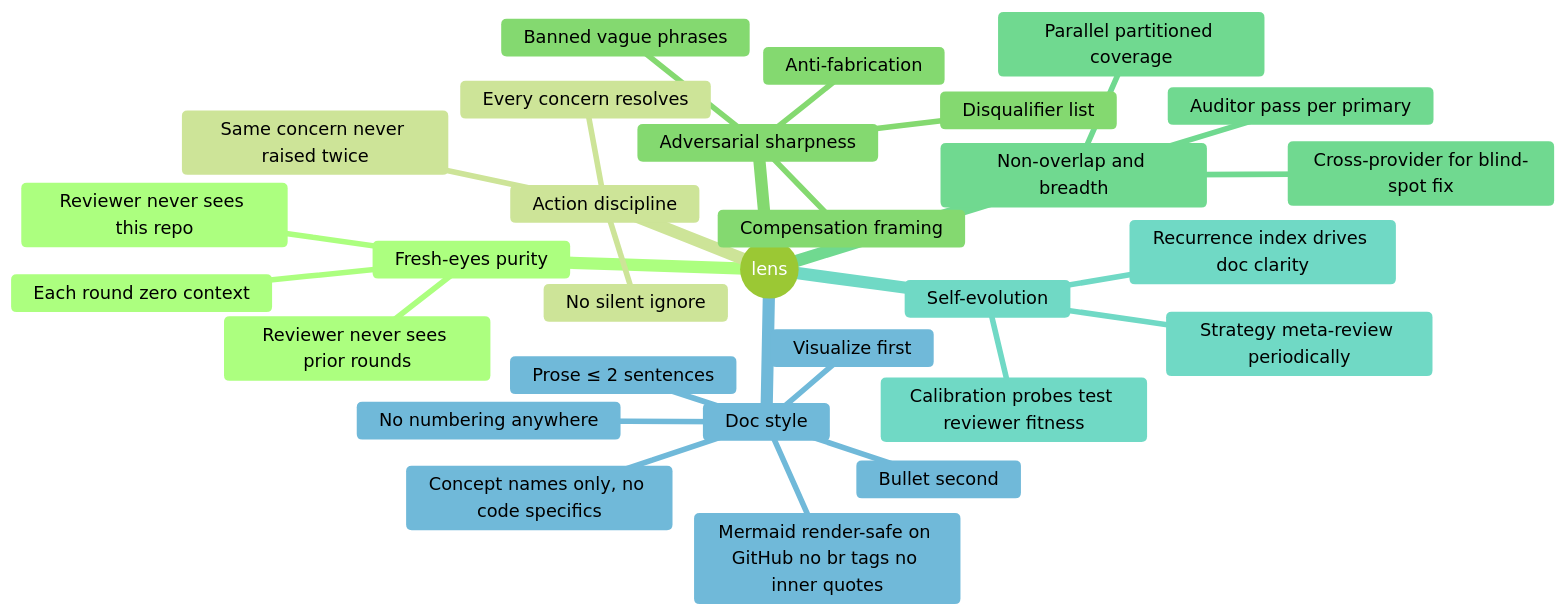
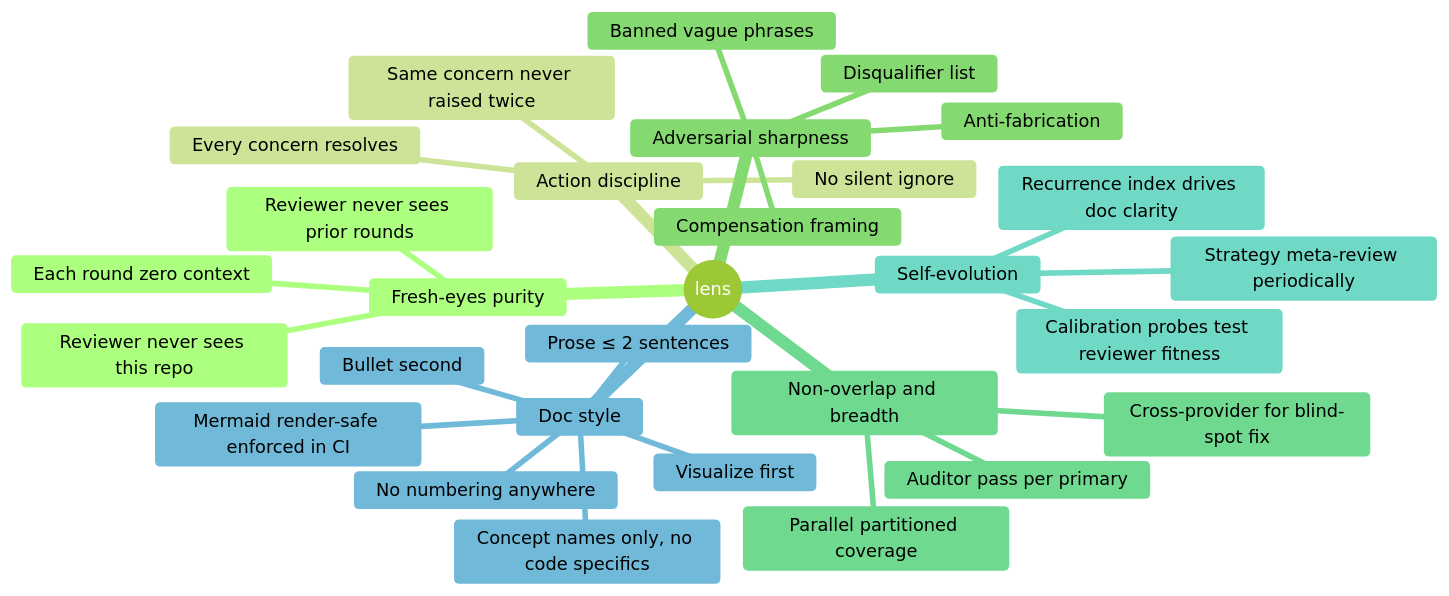
Before and after one commit to 1qh/lens: the first of 2 diagrams in PHILOSOPHY.md, drawn with Mermaid (forest theme). The commit also changed other lines of this file and 3 other files, not shown here.

Commit message:
add mermaid render check: script + CI + pre-commit hook

````diff
--- a/PHILOSOPHY.md
+++ b/PHILOSOPHY.md
@@ -7,32 +7,32 @@
 ```mermaid
 mindmap
   root((lens))
     Fresh-eyes purity
       Each round zero context
       Reviewer never sees prior rounds
       Reviewer never sees this repo
     Action discipline
       Every concern resolves
       No silent ignore
       Same concern never raised twice
     Adversarial sharpness
       Compensation framing
       Disqualifier list
       Banned vague phrases
       Anti-fabrication
     Non-overlap and breadth
       Parallel partitioned coverage
       Auditor pass per primary
       Cross-provider for blind-spot fix
     Self-evolution
       Strategy meta-review periodically
       Recurrence index drives doc clarity
       Calibration probes test reviewer fitness
     Doc style
       Visualize first
       Bullet second
       Prose ≤ 2 sentences
       Concept names only, no code specifics
       No numbering anywhere
-      Mermaid render-safe on GitHub no br tags no inner quotes
+      Mermaid render-safe enforced in CI
 ```
````
